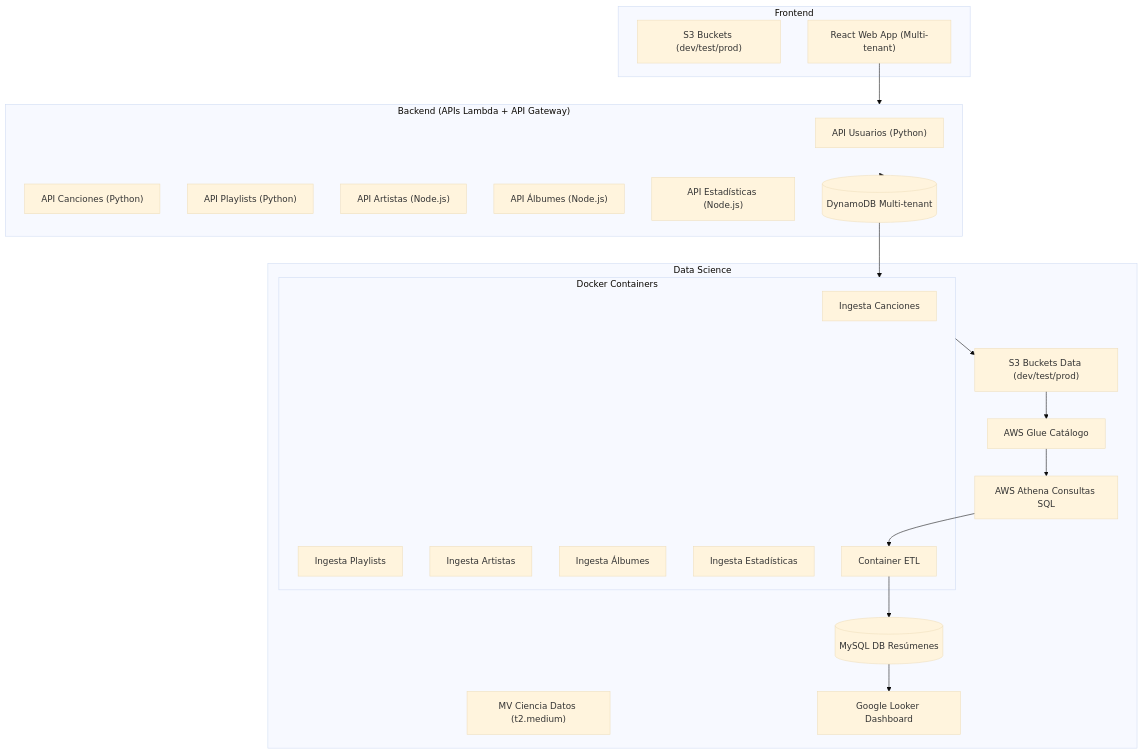
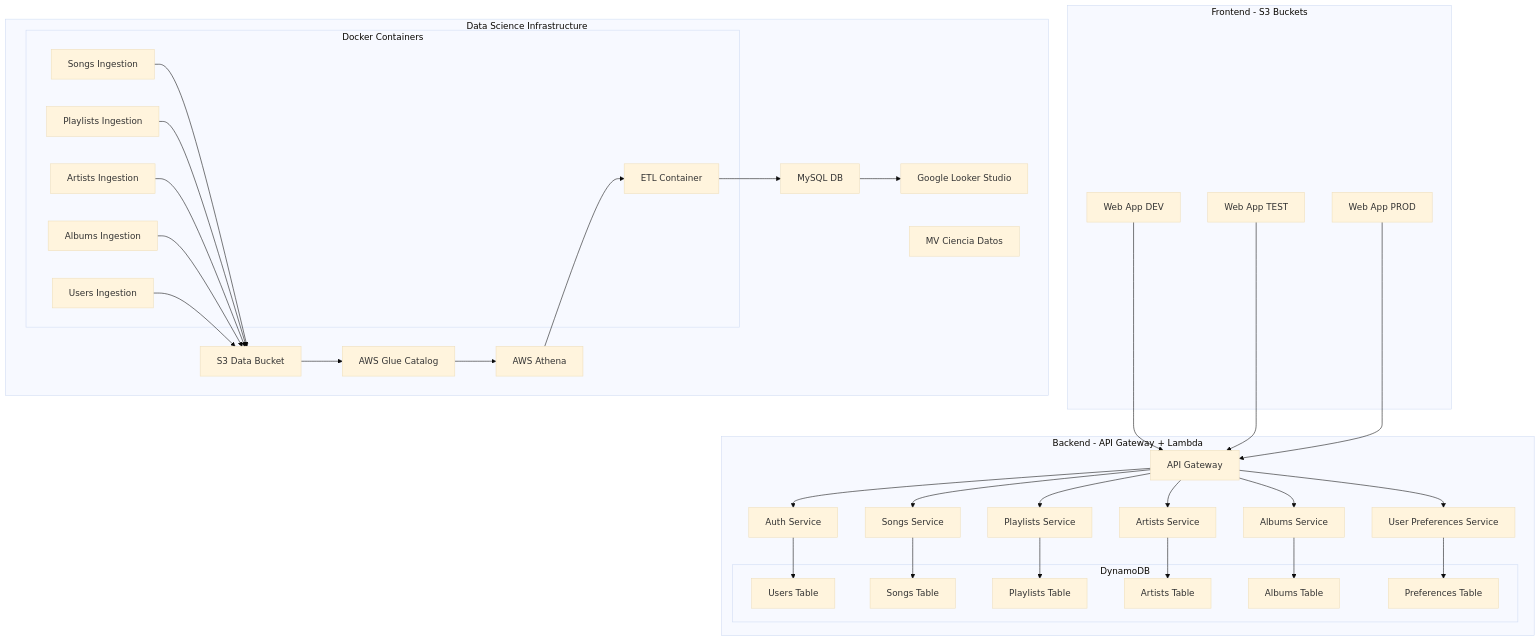
The first of 2 diagrams in prompts.md (jeremy-jmc/cloud-computing-final-project), drawn with Mermaid (base theme) before and after one commit. The commit also changed other lines of this file, not shown here.

````diff
--- a/prompts.md
+++ b/prompts.md
@@ -146,47 +146,62 @@
 ```mermaid
-flowchart TD
-    subgraph Frontend
-        S3_Web["S3 Buckets (dev/test/prod)"]
-        WebApp["React Web App (Multi-tenant)"]
+graph TB
+    subgraph Frontend [Frontend - S3 Buckets]
+        WebDev[Web App DEV]
+        WebTest[Web App TEST]
+        WebProd[Web App PROD]
     end
 
-    subgraph Backend ["Backend (APIs Lambda + API Gateway)"]
-        Auth["API Usuarios (Python)"]
-        Songs["API Canciones (Python)"]
-        Playlists["API Playlists (Python)"]
-        Artists["API Artistas (Node.js)"]
-        Albums["API Álbumes (Node.js)"]
-        Stats["API Estadísticas (Node.js)"]
+    subgraph Backend [Backend - API Gateway + Lambda]
+        API[API Gateway]
+        API --> Auth[Auth Service]
+        API --> Songs[Songs Service]
+        API --> Playlists[Playlists Service]
+        API --> Artists[Artists Service]
+        API --> Albums[Albums Service]
+        API --> UserPrefs[User Preferences Service]
         
-        DDB[(DynamoDB Multi-tenant)]
+        subgraph DynamoDB
+            UserTable[Users Table]
+            SongsTable[Songs Table]
+            PlaylistsTable[Playlists Table]
+            ArtistsTable[Artists Table]
+            AlbumsTable[Albums Table]
+            PrefsTable[Preferences Table]
+        end
+
+        Auth --> UserTable
+        Songs --> SongsTable
+        Playlists --> PlaylistsTable
+        Artists --> ArtistsTable
+        Albums --> AlbumsTable
+        UserPrefs --> PrefsTable
     end
 
-    subgraph DataScience ["Data Science"]
-        VM["MV Ciencia Datos (t2.medium)"]
-        S3_Data["S3 Buckets Data (dev/test/prod)"]
+    subgraph DataScience [Data Science Infrastructure]
+        VM[MV Ciencia Datos]
         
-        subgraph Containers ["Docker Containers"]
-            C1["Ingesta Canciones"]
-            C2["Ingesta Playlists"]
-            C3["Ingesta Artistas"]
-            C4["Ingesta Álbumes"]
-            C5["Ingesta Estadísticas"]
-            ETL["Container ETL"]
+        subgraph Containers [Docker Containers]
+            C1[Songs Ingestion]
+            C2[Playlists Ingestion]
+            C3[Artists Ingestion]
+            C4[Albums Ingestion]
+            C5[Users Ingestion]
+            C6[ETL Container]
         end
         
-        Glue["AWS Glue Catálogo"]
-        Athena["AWS Athena Consultas SQL"]
-        MySQL[(MySQL DB Resúmenes)]
-        Looker["Google Looker Dashboard"]
+        S3Data[S3 Data Bucket]
+        GlueCatalog[AWS Glue Catalog]
+        Athena[AWS Athena]
+        MySQL[MySQL DB]
+        Looker[Google Looker Studio]
+        
+        C1 & C2 & C3 & C4 & C5 --> S3Data
+        S3Data --> GlueCatalog
+        GlueCatalog --> Athena
+        Athena --> C6
+        C6 --> MySQL
+        MySQL --> Looker
     end
 
-    WebApp --> Backend
-    Backend --> DDB
-    DDB --> Containers
-    Containers --> S3_Data
-    S3_Data --> Glue
-    Glue --> Athena
-    Athena --> ETL
-    ETL --> MySQL
-    MySQL --> Looker
+    WebDev & WebTest & WebProd --> API
 ```
````
